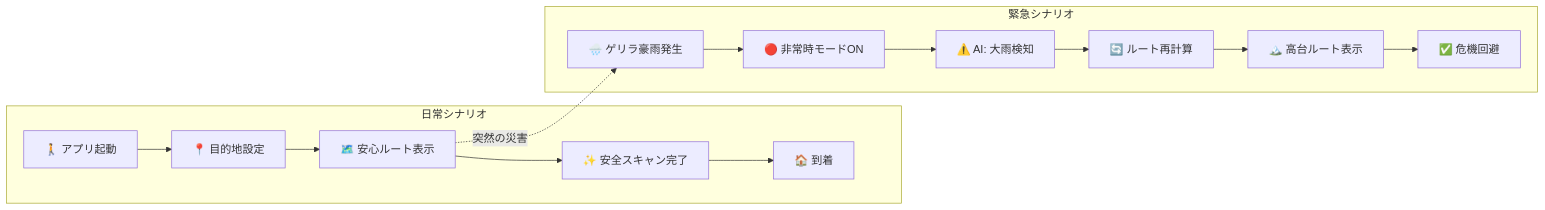
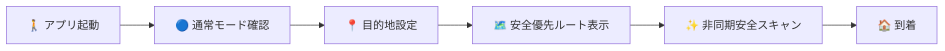
The second of 3 diagrams in Docs/確定/02_要件定義書.md (Ryg-appdev/safe-routing-ai-navigation), drawn with Mermaid before and after one commit. The commit also changed other lines of this file and 6 other files, not shown here.

````diff
--- a/Docs/確定/02_要件定義書.md
+++ b/Docs/確定/02_要件定義書.md
@@ -72,19 +77,8 @@
 ```mermaid
 flowchart LR
-    subgraph 日常シナリオ
-        A1[🚶 アプリ起動] --> A2[📍 目的地設定]
-        A2 --> A3[🗺️ 安心ルート表示]
-        A3 --> A4[✨ 安全スキャン完了]
-        A4 --> A5[🏠 到着]
-    end
-
-    subgraph 緊急シナリオ
-        B1[🌧️ ゲリラ豪雨発生] --> B2[🔴 非常時モードON]
-        B2 --> B3[⚠️ AI: 大雨検知]
-        B3 --> B4[🔄 ルート再計算]
-        B4 --> B5[🏔️ 高台ルート表示]
-        B5 --> B6[✅ 危機回避]
-    end
-
-    A3 -.->|突然の災害| B1
+    A[🚶 アプリ起動] --> B[🔵 通常モード確認]
+    B --> C[📍 目的地設定]
+    C --> D[🗺️ 安全優先ルート表示]
+    D --> E[✨ 非同期安全スキャン]
+    E --> F[🏠 到着]
 ```
````
